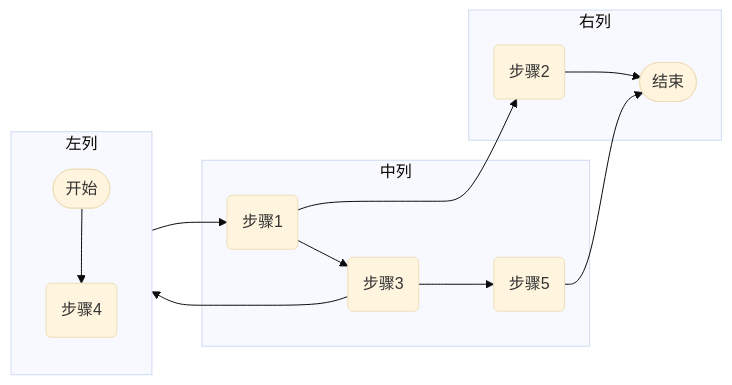
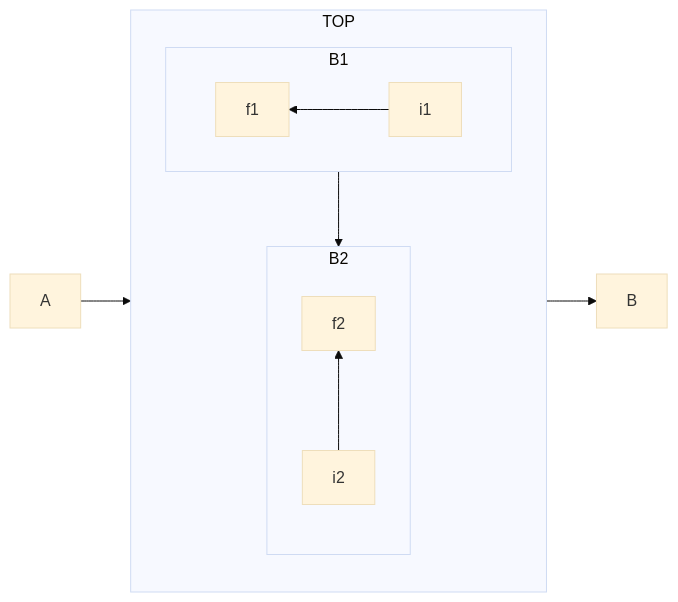
One commit to sdgixfg/iodraw-files changed the diagram in all/未命名-2.md. Above: the diagram before and after it, drawn with Mermaid (base theme).

Commit message:
2025-05-24 15:08:11 update

````diff
--- a/all/未命名-2.md
+++ b/all/未命名-2.md
@@ -1,17 +1,16 @@
 ```mermaid
-graph LR
- subgraph "左列"
- direction TB
-A([开始]) --> E(步骤4)
-end
-subgraph "中列"
-
-B(步骤1) --> D(步骤3) --> F(步骤5)
-end
-subgraph "右列"
-C(步骤2) --> G([结束])
-end
-A --> B --> C
-D --> E
-F --> G
+flowchart LR
+  subgraph TOP
+    direction TB
+    subgraph B1
+        direction RL
+        i1 -->f1
+    end
+    subgraph B2
+        direction BT
+        i2 -->f2
+    end
+  end
+  A --> TOP --> B
+  B1 --> B2
 ```
````
